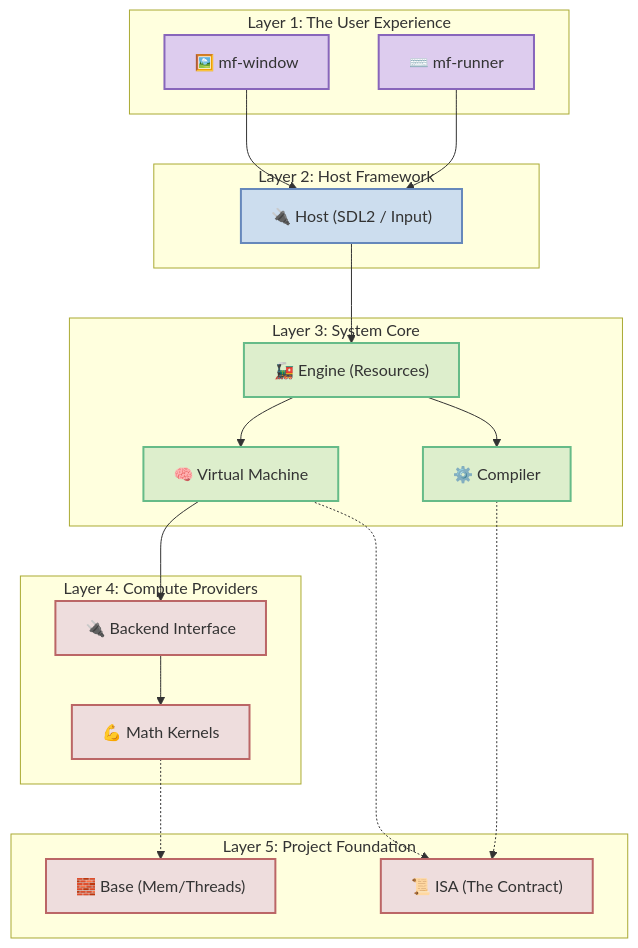
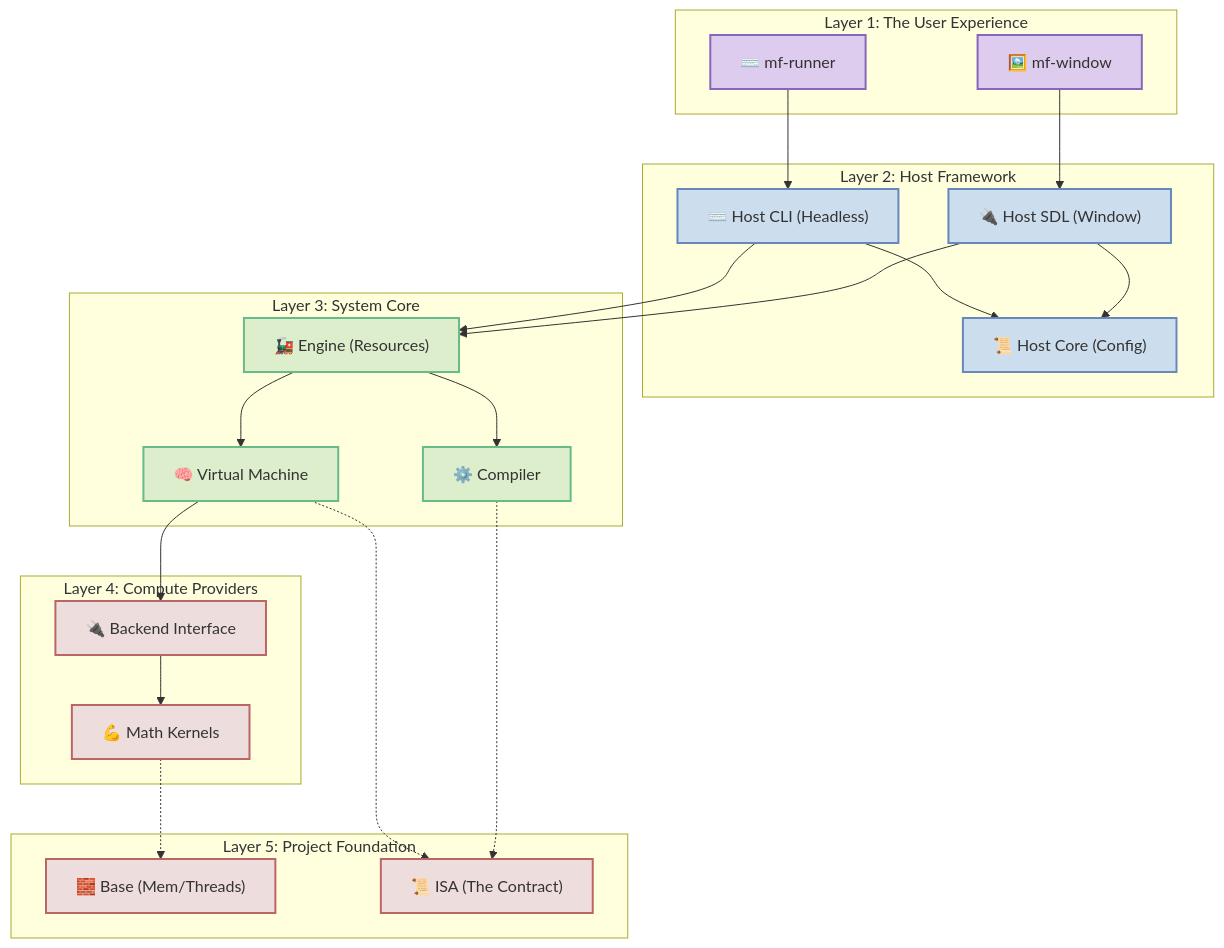
One commit to BinaryCat17/MathFlow changed the second of 2 diagrams in docs/architecture.md. Above: the diagram before and after it, drawn with Mermaid. The commit also changed other lines of this file and 14 other files, not shown here.

````diff
--- a/docs/architecture.md
+++ b/docs/architecture.md
@@ -65,55 +65,62 @@
 ```mermaid
 graph TD
     %% Styles
     classDef layerApp fill:#dce,stroke:#86b,stroke-width:2px;
     classDef layerHost fill:#cde,stroke:#68b,stroke-width:2px;
     classDef layerCore fill:#dec,stroke:#6b8,stroke-width:2px;
     classDef layerBase fill:#edd,stroke:#b66,stroke-width:2px;
 
     %% Layer 1: Apps
     subgraph L1 ["Layer 1: The User Experience"]
         App_GUI["🖼️ mf-window"]:::layerApp
         App_CLI["⌨️ mf-runner"]:::layerApp
     end
 
     %% Layer 2: Host
     subgraph L2 ["Layer 2: Host Framework"]
-        Host["🔌 Host (SDL2 / Input)"]:::layerHost
+        HostCore["📜 Host Core (Config)"]:::layerHost
+        HostCLI["⌨️ Host CLI (Headless)"]:::layerHost
+        HostSDL["🔌 Host SDL (Window)"]:::layerHost
     end
 
     %% Layer 3: Core
     subgraph L3 ["Layer 3: System Core"]
         Engine["🚂 Engine (Resources)"]:::layerCore
         VM["🧠 Virtual Machine"]:::layerCore
         Compiler["⚙️ Compiler"]:::layerCore
     end
 
     %% Layer 4: Compute
     subgraph L4 ["Layer 4: Compute Providers"]
         Backend["🔌 Backend Interface"]:::layerBase
         Ops["💪 Math Kernels"]:::layerBase
     end
 
     %% Layer 5: Foundation
     subgraph L5 ["Layer 5: Project Foundation"]
         Base["🧱 Base (Mem/Threads)"]:::layerBase
         ISA["📜 ISA (The Contract)"]:::layerBase
     end
 
     %% Dependencies (Control Flow)
-    App_GUI --> Host
-    App_CLI --> Host
+    App_GUI --> HostSDL
+    App_CLI --> HostCLI
     
-    Host --> Engine
+    HostSDL --> HostCore
+    HostSDL --> Engine
+    
+    HostCLI --> HostCore
+    HostCLI --> Engine
+    
     Engine --> VM
     Engine --> Compiler
     
     %% Core drives Compute
     VM --> Backend
     Backend --> Ops
     
     %% Key dependencies on Foundation
     Compiler -.-> ISA
     VM -.-> ISA
     Ops -.-> Base
 ```
````
